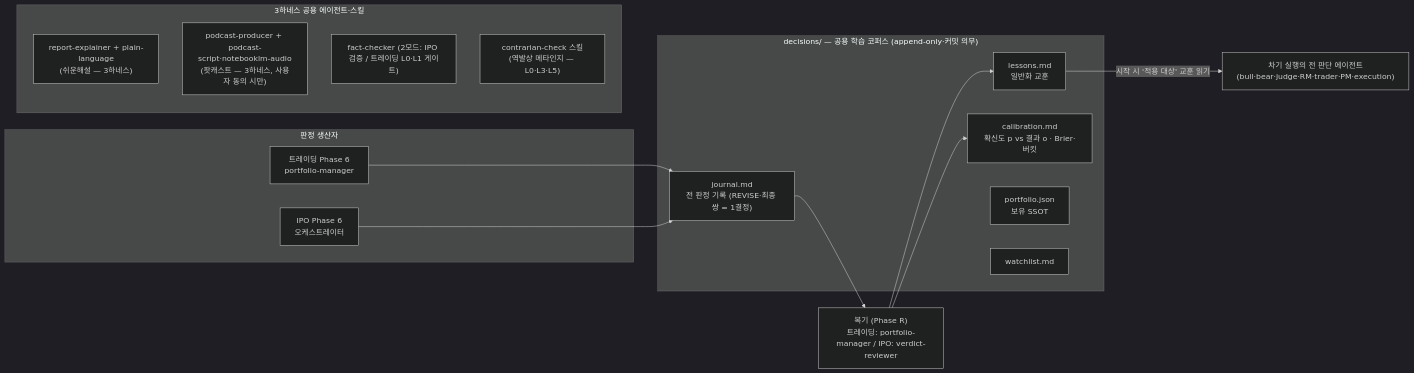
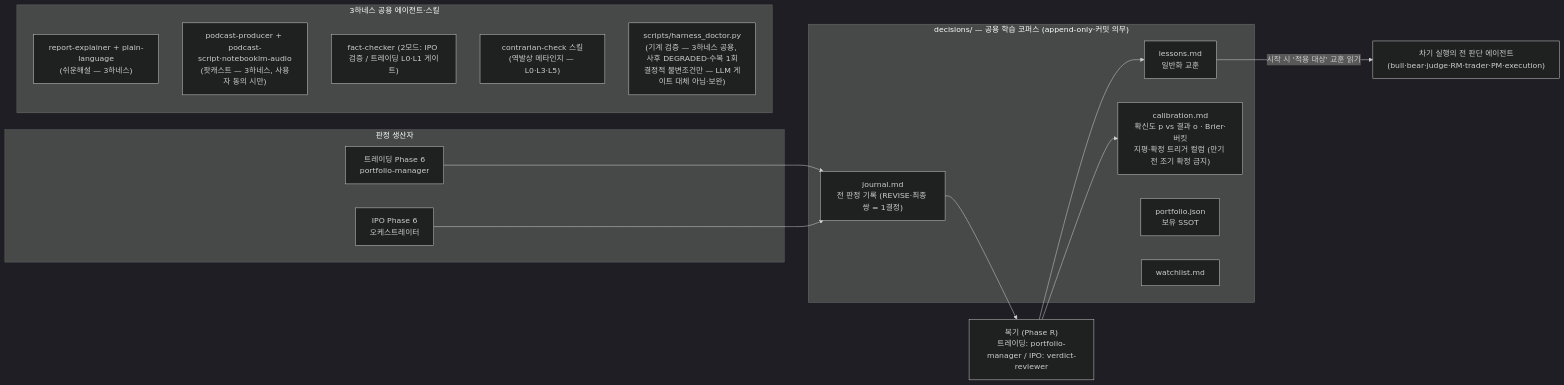
One commit to radioman45/trading-agent changed the fifth of 5 diagrams in docs/harness-architecture.md. Above: the diagram before and after it, drawn with Mermaid (dark theme). The commit also changed other lines of this file, not shown here.

First line of the commit message:
문서: 하네스 조감도 Mermaid 갱신 — doctor 노드·판정 4분류·검증/포트폴리오 모드 라벨 반영

````diff
--- a/docs/harness-architecture.md
+++ b/docs/harness-architecture.md
@@ -122,29 +125,30 @@
 ```mermaid
 flowchart LR
   subgraph HARNESS["판정 생산자"]
     TH["트레이딩 Phase 6<br/>portfolio-manager"]
     IH["IPO Phase 6<br/>오케스트레이터"]
   end
 
   subgraph DEC["decisions/ — 공용 학습 코퍼스 (append-only·커밋 의무)"]
     J["journal.md<br/>전 판정 기록 (REVISE·최종 쌍 = 1결정)"]
     LS["lessons.md<br/>일반화 교훈"]
-    CAL["calibration.md<br/>확신도 p vs 결과 o · Brier·버킷"]
+    CAL["calibration.md<br/>확신도 p vs 결과 o · Brier·버킷<br/>지평·확정 트리거 컬럼 (만기 전 조기 확정 금지)"]
     PF["portfolio.json<br/>보유 SSOT"]
     WL["watchlist.md"]
   end
 
   TH --> J
   IH --> J
   J --> REF["복기 (Phase R)<br/>트레이딩: portfolio-manager / IPO: verdict-reviewer"]
   REF --> LS
   REF --> CAL
   LS -->|"시작 시 '적용 대상' 교훈 읽기"| ALL["차기 실행의 전 판단 에이전트<br/>(bull·bear·judge·RM·trader·PM·execution)"]
 
   subgraph SHARED["3하네스 공용 에이전트·스킬"]
     RE["report-explainer + plain-language<br/>(쉬운해설 — 3하네스)"]
     PP["podcast-producer + podcast-script·notebooklm-audio<br/>(팟캐스트 — 3하네스, 사용자 동의 시만)"]
     FCX["fact-checker (2모드: IPO 검증 / 트레이딩 L0·L1 게이트)"]
     CC["contrarian-check 스킬<br/>(역발상 메타인지 — L0·L3·L5)"]
+    HD["scripts/harness_doctor.py<br/>(기계 검증 — 3하네스 공용, 사후 DEGRADED·수복 1회<br/>결정적 불변조건만 — LLM 게이트 대체 아님·보완)"]
   end
 ```
````
